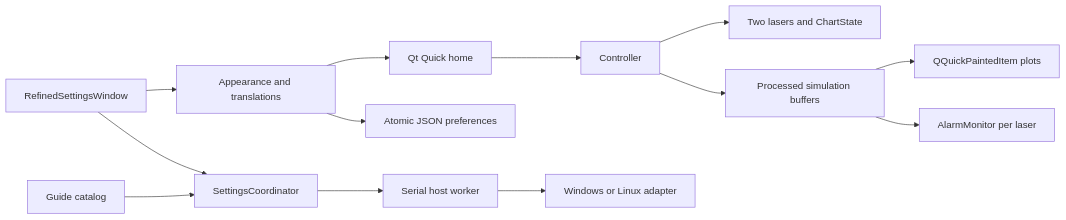
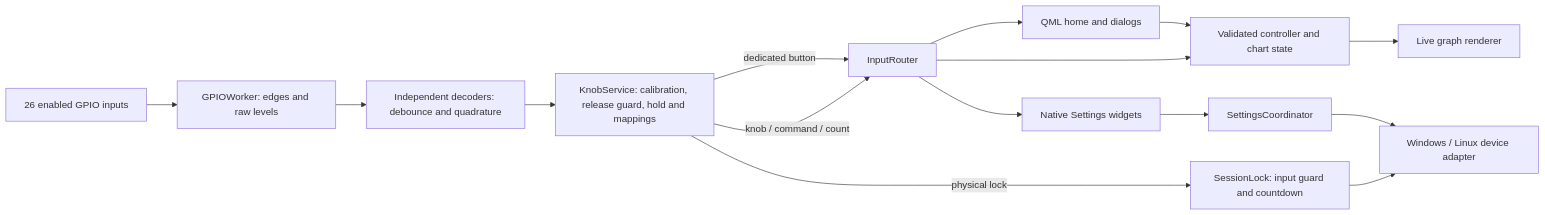
One commit to chilly23/DLC_firmware_repository changed the diagram in APP.md. Above: the diagram before and after it, drawn with Mermaid. The commit also changed other lines of this file and 10 other files, not shown here.

````diff
--- a/APP.md
+++ b/APP.md
@@ -209,15 +471,17 @@
 ```mermaid
 flowchart LR
-    Home[Qt Quick home] --> Controller
-    Controller --> Instrument[Two lasers and ChartState]
-    Controller --> Simulator[Processed simulation buffers]
-    Simulator --> Plots[QQuickPaintedItem plots]
-    Simulator --> Alarms[AlarmMonitor per laser]
-    Settings[RefinedSettingsWindow] --> Coordinator[SettingsCoordinator]
-    Settings --> Theme[Appearance and translations]
-    Theme --> Store[Atomic JSON preferences]
-    Theme --> Home
-    Coordinator --> Worker[Serial host worker]
-    Worker --> Device[Windows or Linux adapter]
-    Tour[Guide catalog] --> Coordinator
+  Pins[26 enabled GPIO inputs] --> Capture[GPIOWorker: edges and raw levels]
+  Capture --> Decode[Independent decoders: debounce and quadrature]
+  Decode --> Service[KnobService: calibration, release guard, hold and mappings]
+  Service -->|knob / command / count| Router[InputRouter]
+  Service -->|physical lock| Lock[SessionLock: input guard and countdown]
+  Lock --> Device
+  Service -->|dedicated button| Router
+  Router --> Home[QML home and dialogs]
+  Router --> Settings[Native Settings widgets]
+  Router --> Model[Validated controller and chart state]
+  Home --> Model
+  Settings --> Coordinator[SettingsCoordinator]
+  Coordinator --> Device[Windows / Linux device adapter]
+  Model --> Paint[Live graph renderer]
 ```
````
